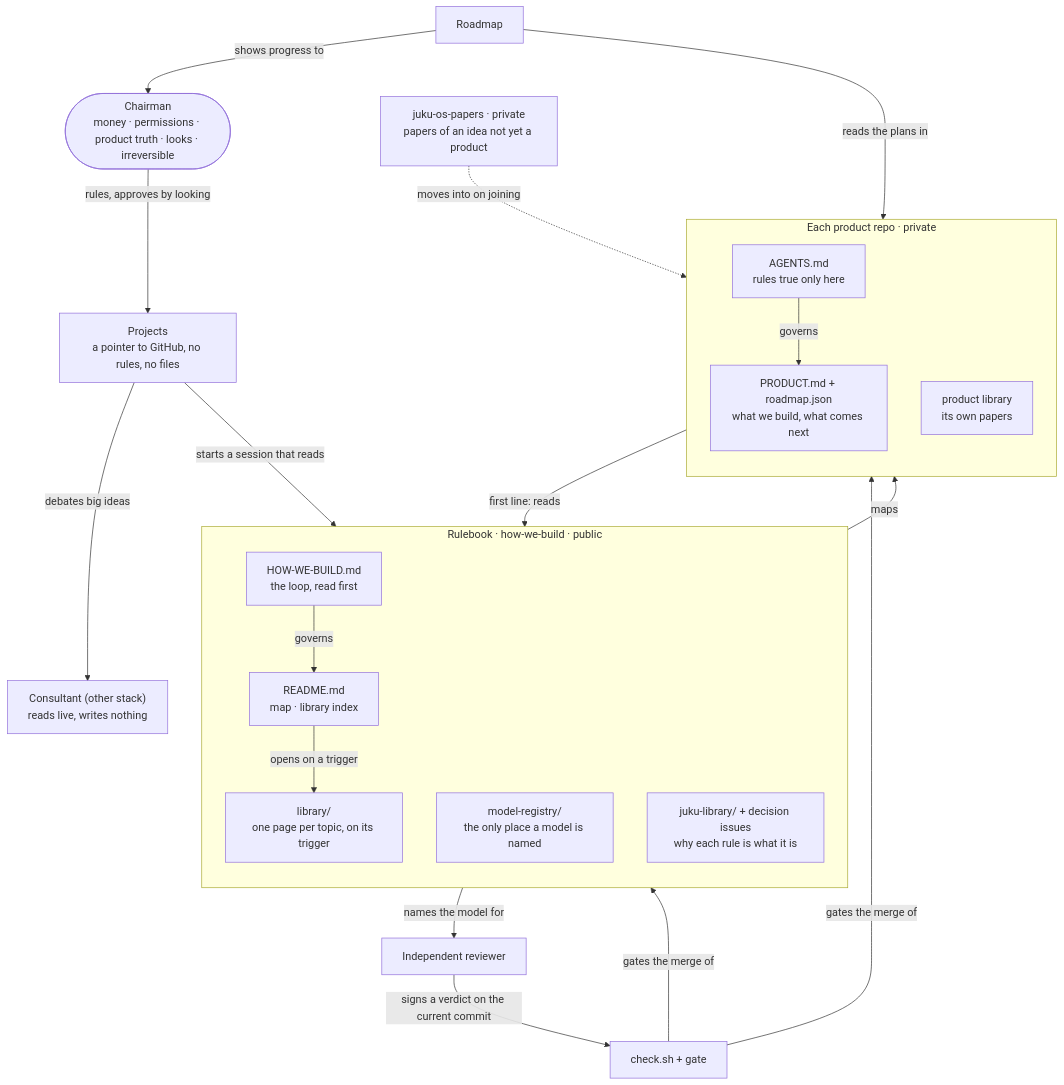
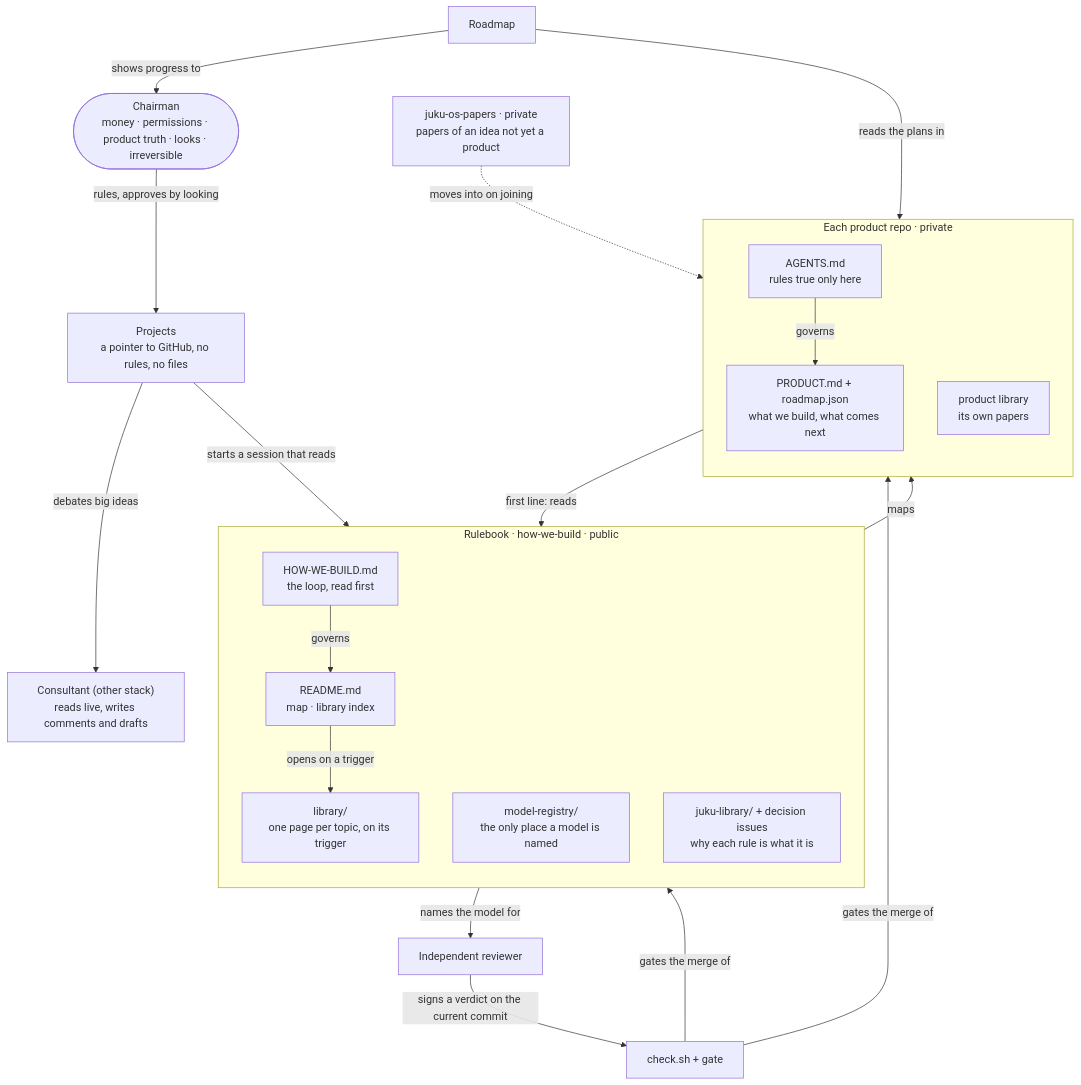
One commit to Adonis80/how-we-build changed the diagram in library/system-map.md. Above: the diagram before and after it, drawn with Mermaid. The commit also changed 3 other files, not shown here.

Commit message:
Allow bounded consultant comments, proposals and draft pull requests

````diff
--- a/library/system-map.md
+++ b/library/system-map.md
@@ -7,39 +7,39 @@
 ```mermaid
 flowchart TB
   CH(["Chairman<br/>money · permissions · product truth · looks · irreversible"])
   PJ["Projects<br/>a pointer to GitHub, no rules, no files"]
-  CO["Consultant (other stack)<br/>reads live, writes nothing"]
+  CO["Consultant (other stack)<br/>reads live, writes comments and drafts"]
   subgraph RB["Rulebook · how-we-build · public"]
     direction TB
     HWB["HOW-WE-BUILD.md<br/>the loop, read first"]
     RD["README.md<br/>map · library index"]
     LIB["library/<br/>one page per topic, on its trigger"]
     REG["model-registry/<br/>the only place a model is named"]
     JL["juku-library/ + decision issues<br/>why each rule is what it is"]
   end
   subgraph PR["Each product repo · private"]
     direction TB
     AG["AGENTS.md<br/>rules true only here"]
     PD["PRODUCT.md + roadmap.json<br/>what we build, what comes next"]
     PL["product library<br/>its own papers"]
   end
   PP["juku-os-papers · private<br/>papers of an idea not yet a product"]
   RV["Independent reviewer"]
   GT["check.sh + gate"]
   BD["Roadmap"]
   CH -- "rules, approves by looking" --> PJ
   PJ -- "debates big ideas" --> CO
   PJ -- "starts a session that reads" --> HWB
   HWB -- "governs" --> RD
   RD -- "opens on a trigger" --> LIB
   RD -- "maps" --> AG
   AG -- "first line: reads" --> HWB
   AG -- "governs" --> PD
   REG -- "names the model for" --> RV
   RV -- "signs a verdict on the current commit" --> GT
   GT -- "gates the merge of" --> PD
   GT -- "gates the merge of" --> RB
   BD -- "reads the plans in" --> PD
   BD -- "shows progress to" --> CH
   PP -. "moves into on joining" .-> PL
 ```
````
